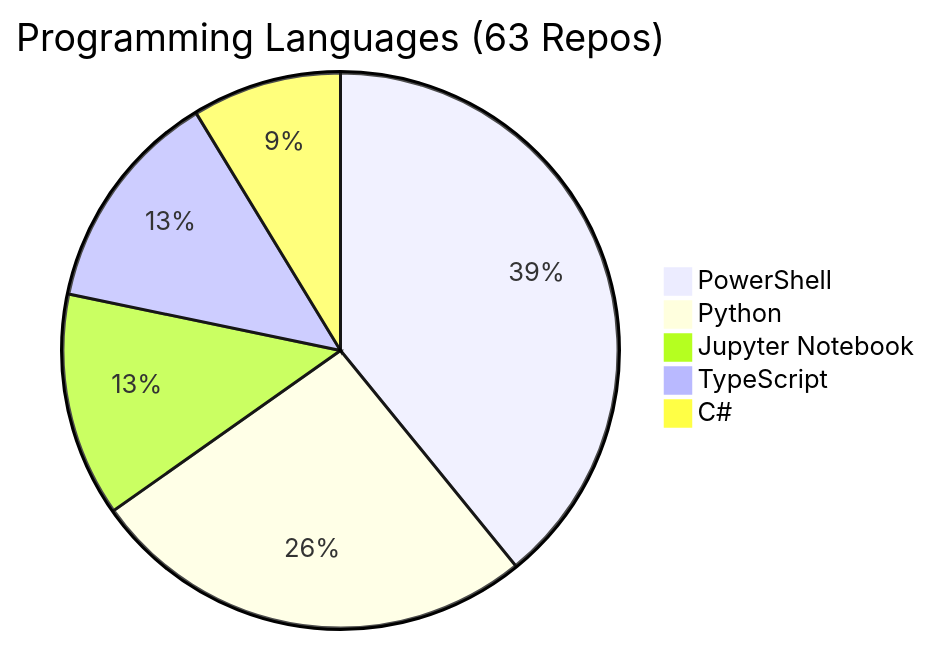
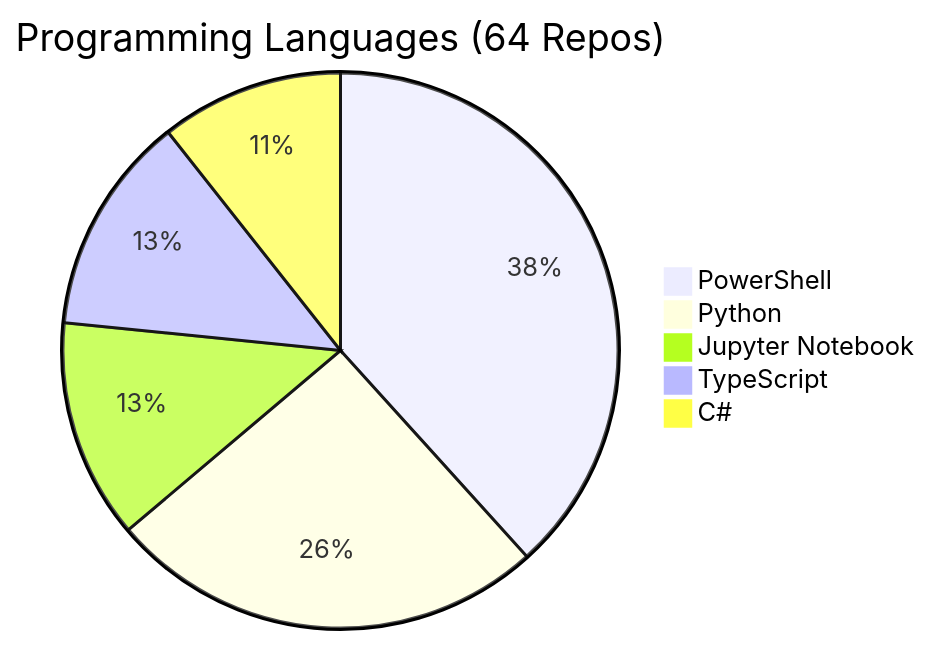
One commit to fabioc-aloha/fabioc-aloha changed the diagram in REPOS.md. Above: the diagram before and after it, drawn with Mermaid. The commit also changed other lines of this file and 1 other file, not shown here.

````diff
--- a/REPOS.md
+++ b/REPOS.md
@@ -106,8 +107,8 @@
 ```mermaid
-pie title Programming Languages (63 Repos)
+pie title Programming Languages (64 Repos)
     "PowerShell" : 18
     "Python" : 12
     "Jupyter Notebook" : 6
     "TypeScript" : 6
-    "C#" : 4
+    "C#" : 5
 ```
````
